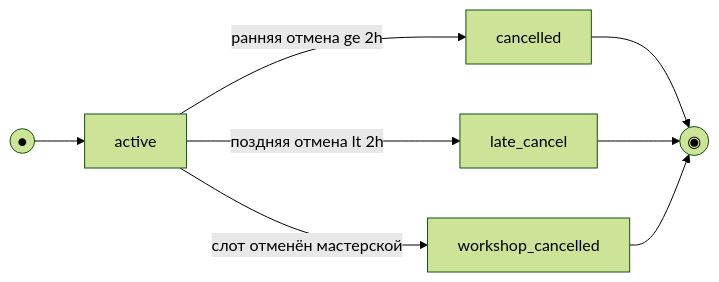
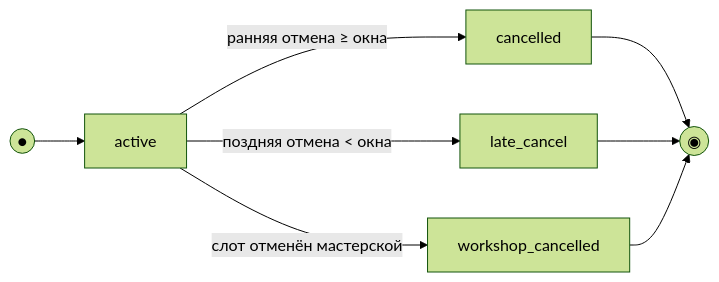
Before and after one commit to noragami66/Surf: the second of 2 diagrams in docs/01-analysis/3-design/data-model.md, drawn with Mermaid (forest theme). The commit also changed 1 other file, not shown here.

Commit message:
PLATF-007: docs: use cancellation window labels in booking state diagram
Replace hardcoded 2h edge labels in data-model mermaid with window wording
consistent with cancellation_window_minutes from /config.

````diff
--- a/docs/01-analysis/3-design/data-model.md
+++ b/docs/01-analysis/3-design/data-model.md
@@ -134,10 +134,10 @@
 ```mermaid
 flowchart LR
     Start((●)) --> active
-    active -->|ранняя отмена ge 2h| cancelled
-    active -->|поздняя отмена lt 2h| late_cancel
+    active -->|ранняя отмена ≥ окна| cancelled
+    active -->|поздняя отмена < окна| late_cancel
     active -->|слот отменён мастерской| workshop_cancelled
     cancelled --> End((◉))
     late_cancel --> End
     workshop_cancelled --> End
 ```
````
